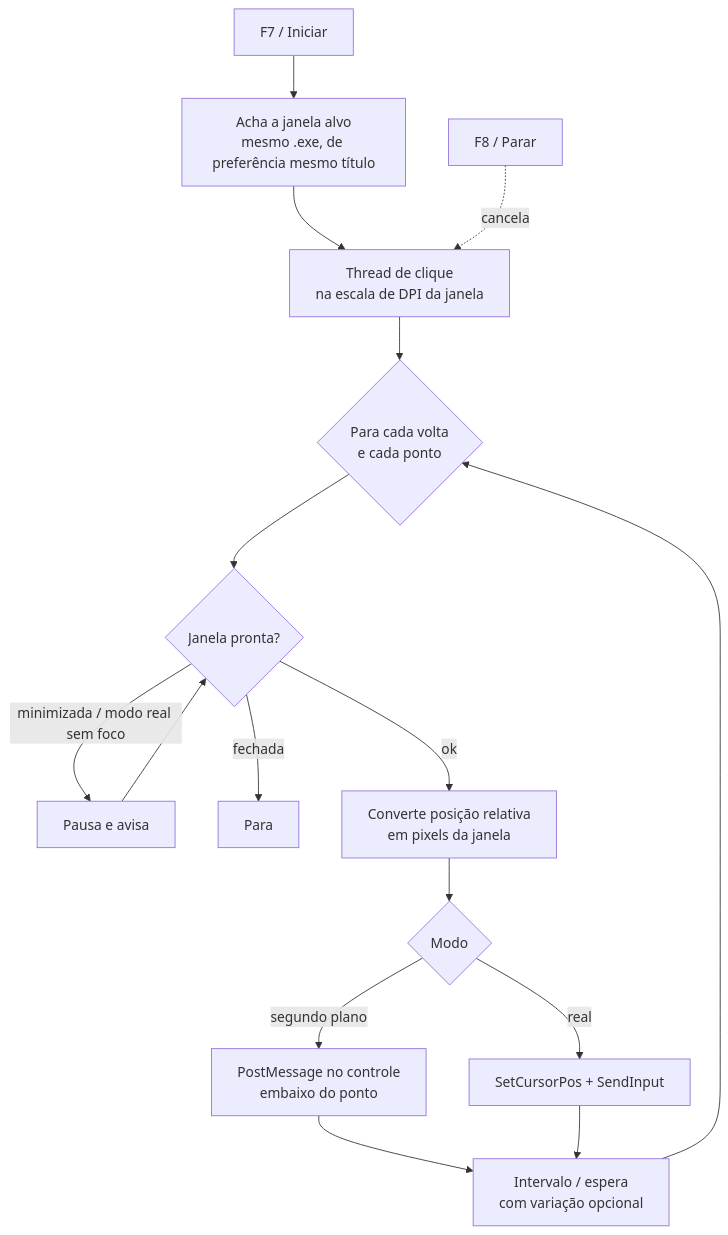
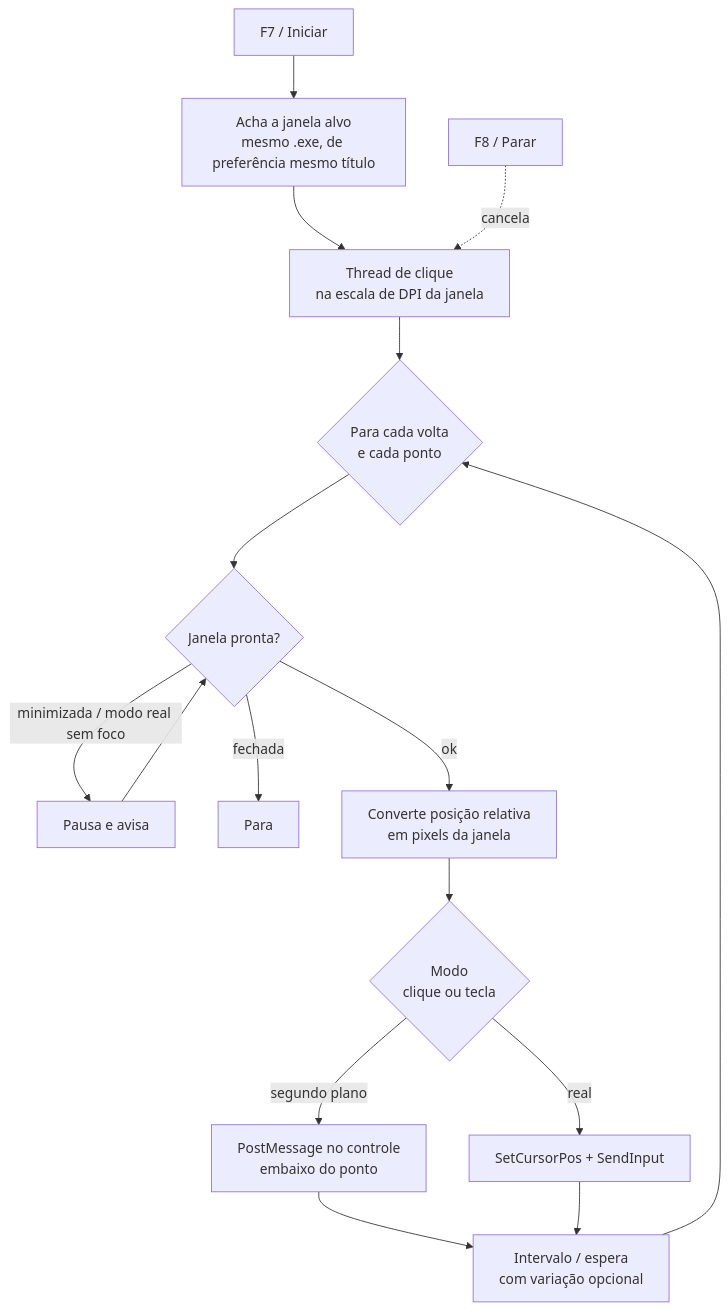
Before and after one commit to PauloHenriqueXD/HiddenApp: the fourth of 7 diagrams in ARQUITETURA.md, drawn with Mermaid. The commit also changed other lines of this file and 15 other files, not shown here.

````diff
--- a/ARQUITETURA.md
+++ b/ARQUITETURA.md
@@ -296,16 +298,16 @@
 ```mermaid
 flowchart TD
     S[F7 / Iniciar] --> F[Acha a janela alvo<br/>mesmo .exe, de preferência mesmo título]
     F --> T[Thread de clique<br/>na escala de DPI da janela]
     T --> L{Para cada volta<br/>e cada ponto}
     L --> W{Janela pronta?}
     W -- minimizada / modo real sem foco --> P[Pausa e avisa] --> W
     W -- fechada --> X[Para]
     W -- ok --> C[Converte posição relativa<br/>em pixels da janela]
-    C --> M{Modo}
+    C --> M{Modo<br/>clique ou tecla}
     M -- segundo plano --> PM[PostMessage no controle<br/>embaixo do ponto]
     M -- real --> SI[SetCursorPos + SendInput]
     PM & SI --> D[Intervalo / espera<br/>com variação opcional]
     D --> L
     K[F8 / Parar] -. cancela .-> T
 ```
````
